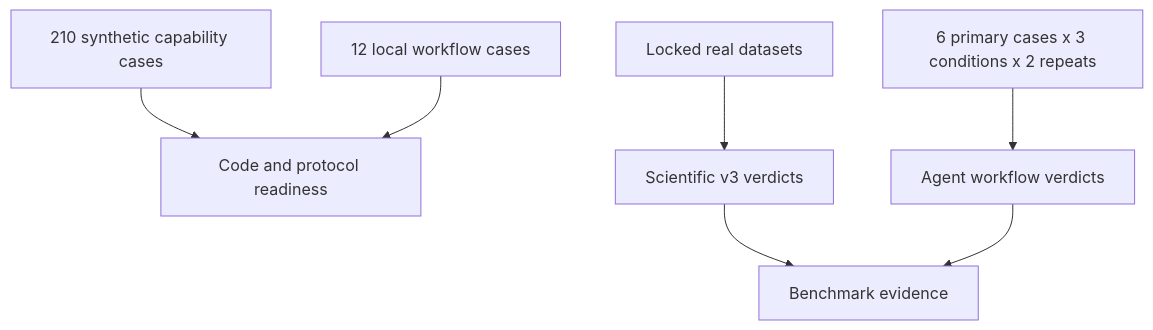
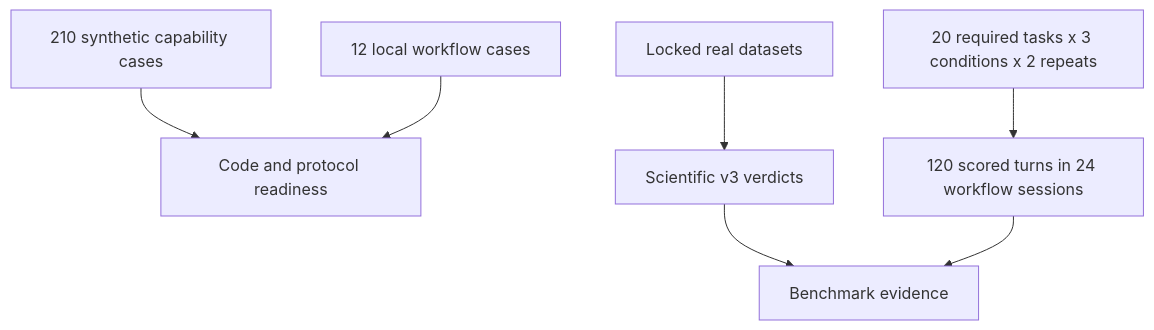
The second of 2 diagrams in README.md (cyclization-w/Pertura), drawn with Mermaid before and after one commit. The commit also changed other lines of this file and 32 other files, not shown here.

````diff
--- a/README.md
+++ b/README.md
@@ -161,9 +161,9 @@
 ```mermaid
 flowchart TD
     S["210 synthetic capability cases"] --> C["Code and protocol readiness"]
     L["12 local workflow cases"] --> C
     D["Locked real datasets"] --> R["Scientific v3 verdicts"]
-    A["6 primary cases x 3 conditions x 2 repeats"] --> W["Agent workflow verdicts"]
+    A["20 required tasks x 3 conditions x 2 repeats"] --> W["120 scored turns in 24 workflow sessions"]
     R --> B["Benchmark evidence"]
     W --> B
 ```
````
